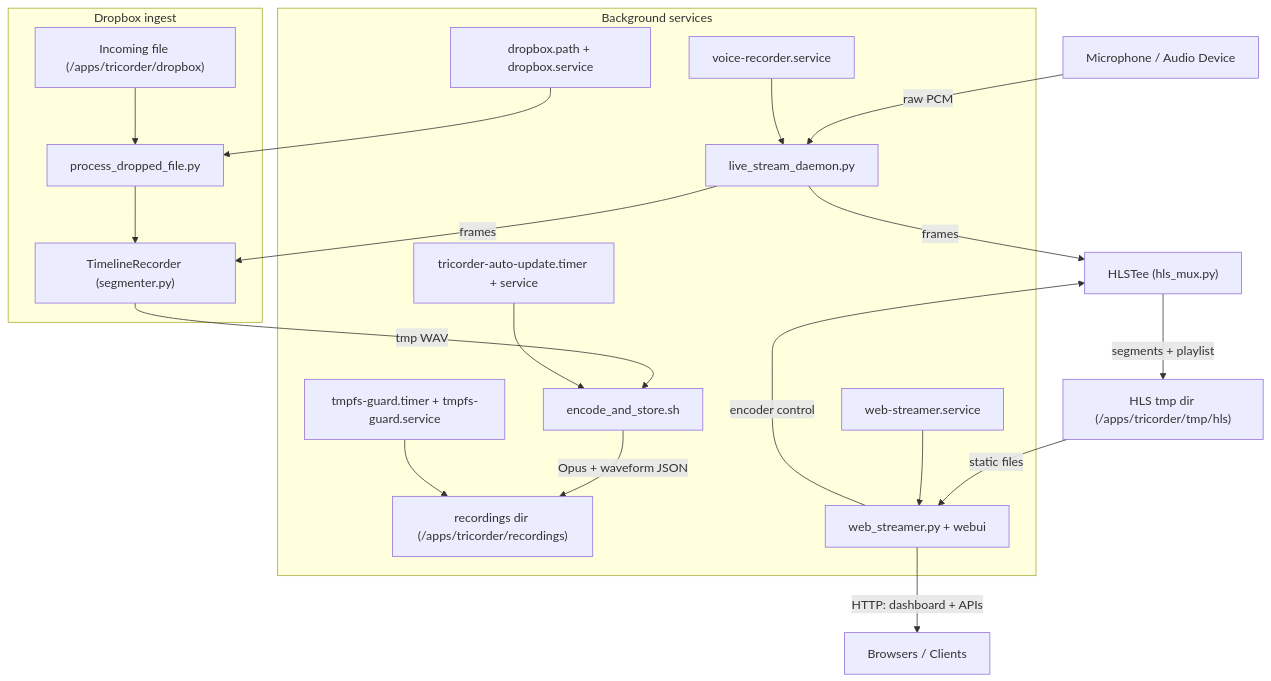
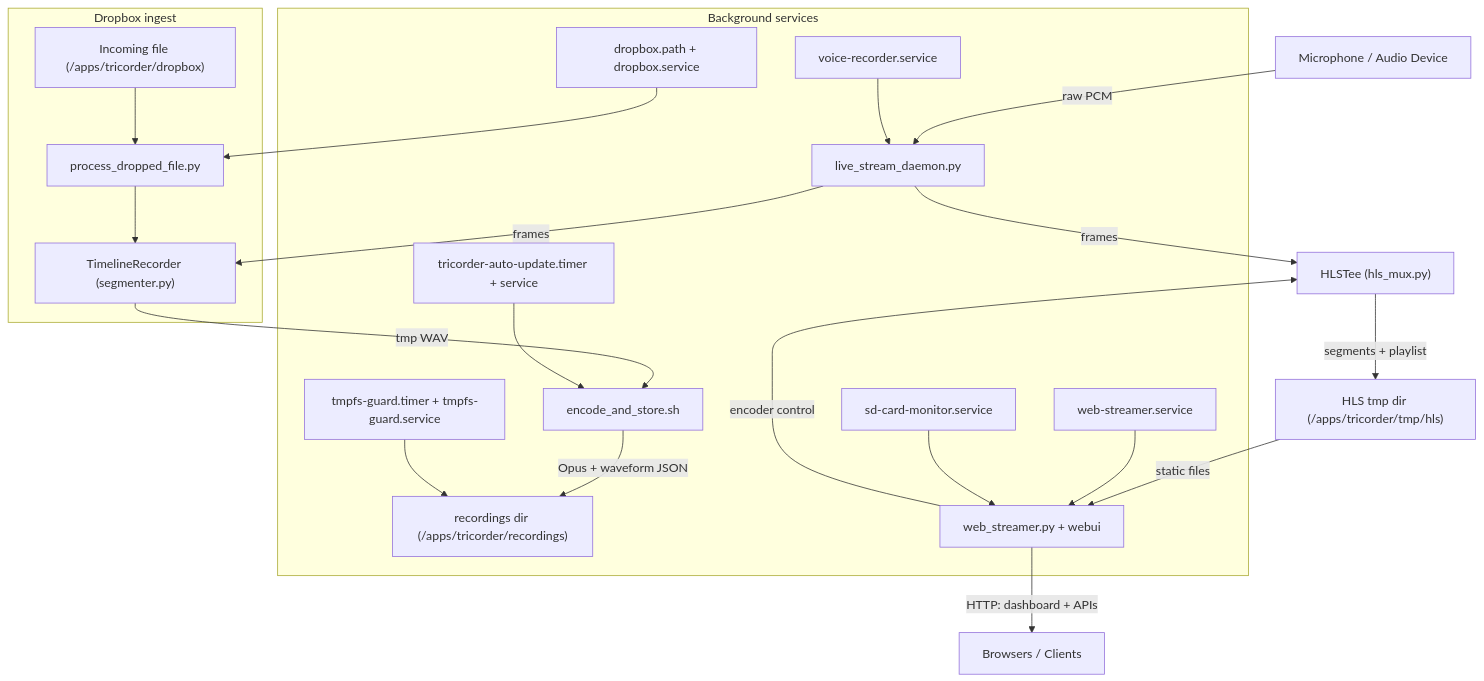
Before and after one commit to JoshuaDodds/tricorder: the diagram in README.md, drawn with Mermaid. The commit also changed other lines of this file and 13 other files, not shown here.

````diff
--- a/README.md
+++ b/README.md
@@ -34,26 +35,27 @@
 ```mermaid
 graph TD
     A[Microphone / Audio Device] -->|raw PCM| B[live_stream_daemon.py];
     B -->|frames| C["TimelineRecorder (segmenter.py)"];
     C -->|tmp WAV| D[encode_and_store.sh];
     D -->|Opus + waveform JSON| E["recordings dir (/apps/tricorder/recordings)"];
 
     B -->|frames| H["HLSTee (hls_mux.py)"];
     H -->|segments + playlist| I["HLS tmp dir (/apps/tricorder/tmp/hls)"];
     I -->|static files| J["web_streamer.py + webui"];
     J -->|HTTP: dashboard + APIs| K[Browsers / Clients];
     J -->|encoder control| H;
 
     subgraph "Dropbox ingest"
         F["Incoming file (/apps/tricorder/dropbox)"] --> G[process_dropped_file.py];
         G --> C;
     end
 
     subgraph "Background services"
         SM_voice_recorder[voice-recorder.service] --> B;
         SM_web_streamer[web-streamer.service] --> J;
         SM_dropbox[dropbox.path + dropbox.service] --> G;
         SM_tmpfs[tmpfs-guard.timer + tmpfs-guard.service] --> E;
         SM_updater[tricorder-auto-update.timer + service] --> D;
+        SM_sd_monitor[sd-card-monitor.service] --> J;
     end
 ```
````
